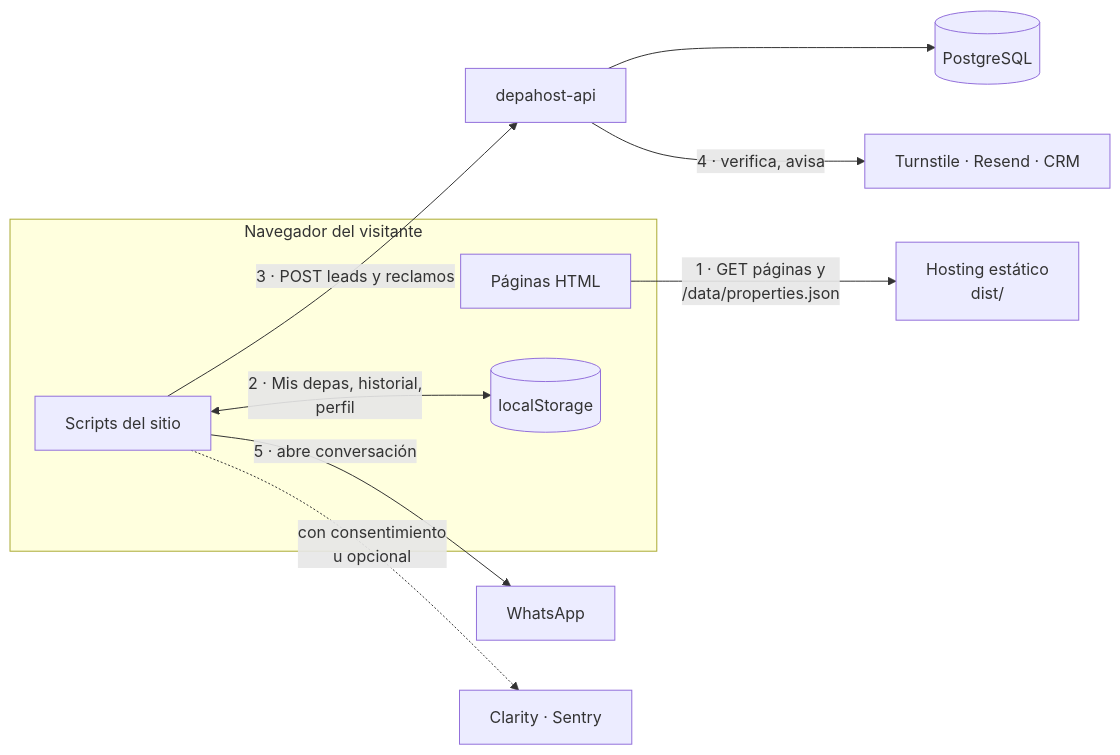
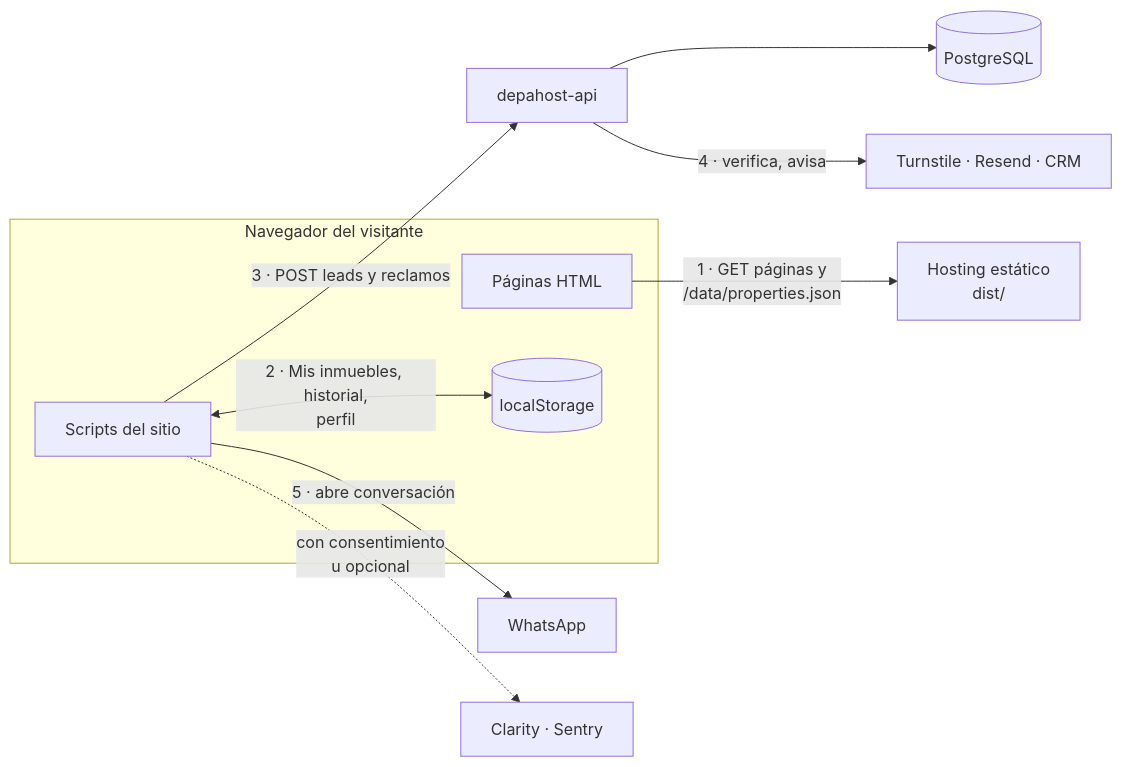
Before and after one commit to samirharrytl/DHC_landing: the first of 4 diagrams in docs/plataforma/01-arquitectura.md, drawn with Mermaid. The commit also changed other lines of this file and 72 other files, not shown here.

First line of the commit message:
Fuente Poppins como depahostperu.com, "Mis depas" pasa a "Mis inmuebles" y cambios en API y panel

````diff
--- a/docs/plataforma/01-arquitectura.md
+++ b/docs/plataforma/01-arquitectura.md
@@ -27,22 +27,22 @@
 ```mermaid
 flowchart LR
     subgraph NAV["Navegador del visitante"]
         PAG["Páginas HTML"]
         JS["Scripts del sitio"]
         LS[("localStorage")]
     end
     DIST["Hosting estático<br/>dist/"]
     API["depahost-api"]
     PG[("PostgreSQL")]
     EXT["Turnstile · Resend · CRM"]
     WA["WhatsApp"]
     TER["Clarity · Sentry"]
 
     PAG -- "1 · GET páginas y<br/>/data/properties.json" --> DIST
-    JS <-- "2 · Mis depas, historial,<br/>perfil" --> LS
+    JS <-- "2 · Mis inmuebles, historial,<br/>perfil" --> LS
     JS -- "3 · POST leads y reclamos" --> API
     API --> PG
     API -- "4 · verifica, avisa" --> EXT
     JS -- "5 · abre conversación" --> WA
     JS -. "con consentimiento<br/>u opcional" .-> TER
 ```
````
